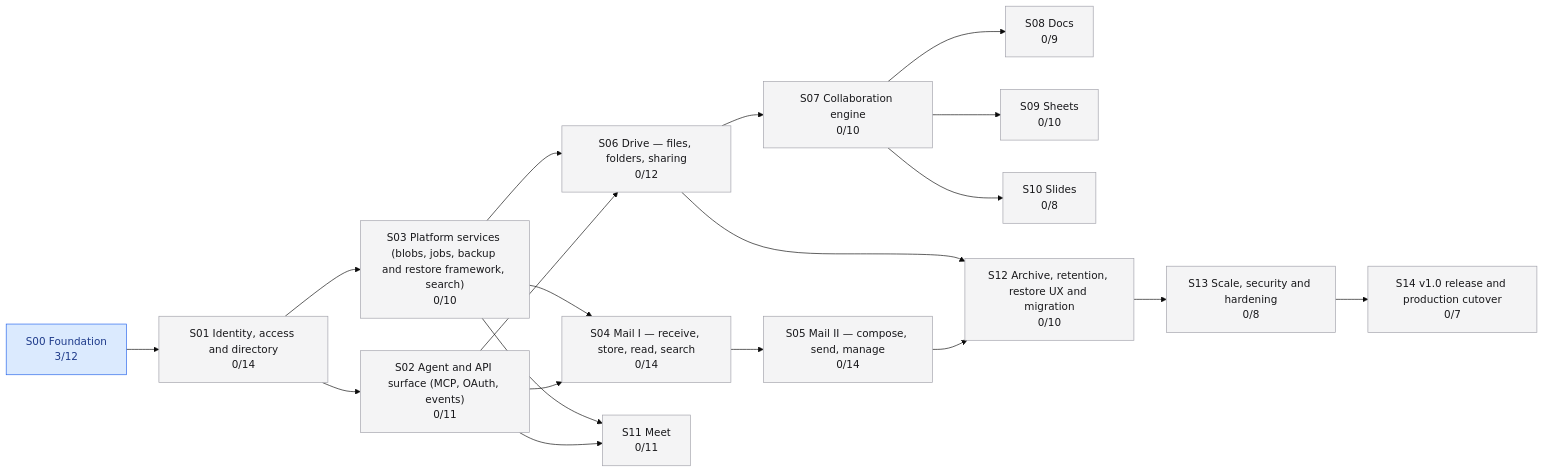
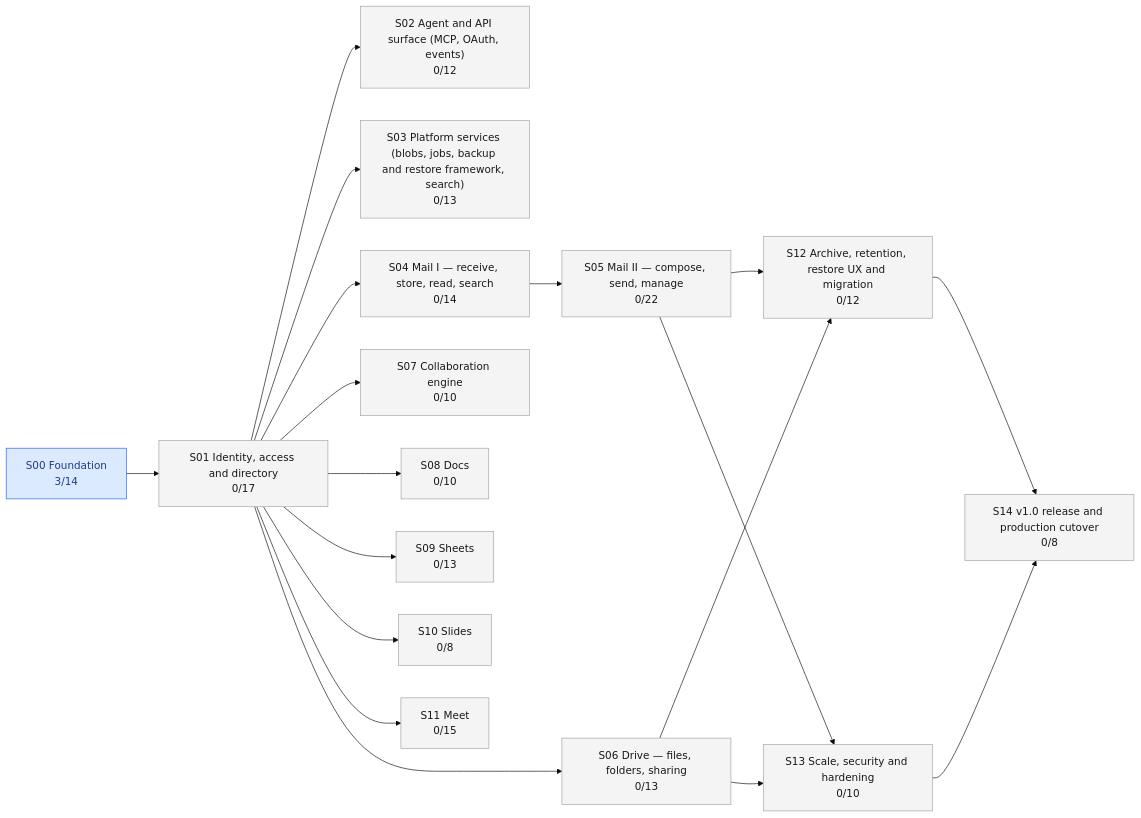
One commit to jaredwray/soldock changed the diagram in plan/STATUS.md. Above: the diagram before and after it, drawn with Mermaid (base theme). The commit also changed other lines of this file and 48 other files, not shown here.

````diff
--- a/plan/STATUS.md
+++ b/plan/STATUS.md
@@ -42,39 +47,38 @@
 ```mermaid
 graph LR
-  S00["S00 Foundation<br/>3/12"]:::active
-  S01["S01 Identity, access and directory<br/>0/14"]:::planned
-  S02["S02 Agent and API surface (MCP, OAuth, events)<br/>0/11"]:::planned
-  S03["S03 Platform services (blobs, jobs, backup and restore framework, search)<br/>0/10"]:::planned
+  S00["S00 Foundation<br/>3/14"]:::active
+  S01["S01 Identity, access and directory<br/>0/17"]:::planned
+  S02["S02 Agent and API surface (MCP, OAuth, events)<br/>0/12"]:::planned
+  S03["S03 Platform services (blobs, jobs, backup and restore framework, search)<br/>0/13"]:::planned
   S04["S04 Mail I — receive, store, read, search<br/>0/14"]:::planned
-  S05["S05 Mail II — compose, send, manage<br/>0/14"]:::planned
-  S06["S06 Drive — files, folders, sharing<br/>0/12"]:::planned
+  S05["S05 Mail II — compose, send, manage<br/>0/22"]:::planned
+  S06["S06 Drive — files, folders, sharing<br/>0/13"]:::planned
   S07["S07 Collaboration engine<br/>0/10"]:::planned
-  S08["S08 Docs<br/>0/9"]:::planned
-  S09["S09 Sheets<br/>0/10"]:::planned
+  S08["S08 Docs<br/>0/10"]:::planned
+  S09["S09 Sheets<br/>0/13"]:::planned
   S10["S10 Slides<br/>0/8"]:::planned
-  S11["S11 Meet<br/>0/11"]:::planned
-  S12["S12 Archive, retention, restore UX and migration<br/>0/10"]:::planned
-  S13["S13 Scale, security and hardening<br/>0/8"]:::planned
-  S14["S14 v1.0 release and production cutover<br/>0/7"]:::planned
+  S11["S11 Meet<br/>0/15"]:::planned
+  S12["S12 Archive, retention, restore UX and migration<br/>0/12"]:::planned
+  S13["S13 Scale, security and hardening<br/>0/10"]:::planned
+  S14["S14 v1.0 release and production cutover<br/>0/8"]:::planned
   S00 --> S01
   S01 --> S02
   S01 --> S03
-  S02 --> S04
-  S03 --> S04
+  S01 --> S04
   S04 --> S05
-  S02 --> S06
-  S03 --> S06
-  S06 --> S07
-  S07 --> S08
-  S07 --> S09
-  S07 --> S10
-  S02 --> S11
-  S03 --> S11
+  S01 --> S06
+  S01 --> S07
+  S01 --> S08
+  S01 --> S09
+  S01 --> S10
+  S01 --> S11
   S05 --> S12
   S06 --> S12
-  S12 --> S13
+  S05 --> S13
+  S06 --> S13
+  S12 --> S14
   S13 --> S14
   classDef planned fill:#f4f4f5,stroke:#a1a1aa,color:#18181b
   classDef active fill:#dbeafe,stroke:#2563eb,color:#1e3a8a
   classDef done fill:#dcfce7,stroke:#16a34a,color:#14532d
 ```
````
